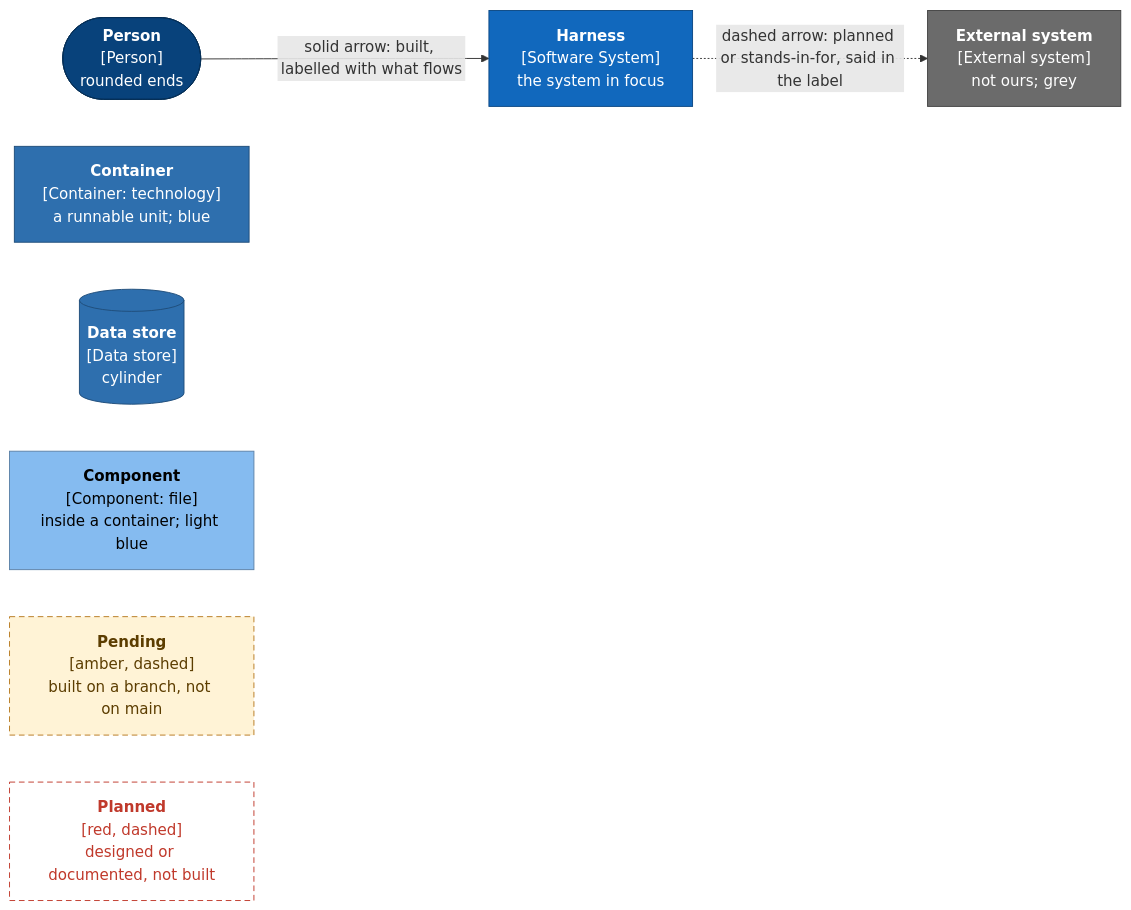
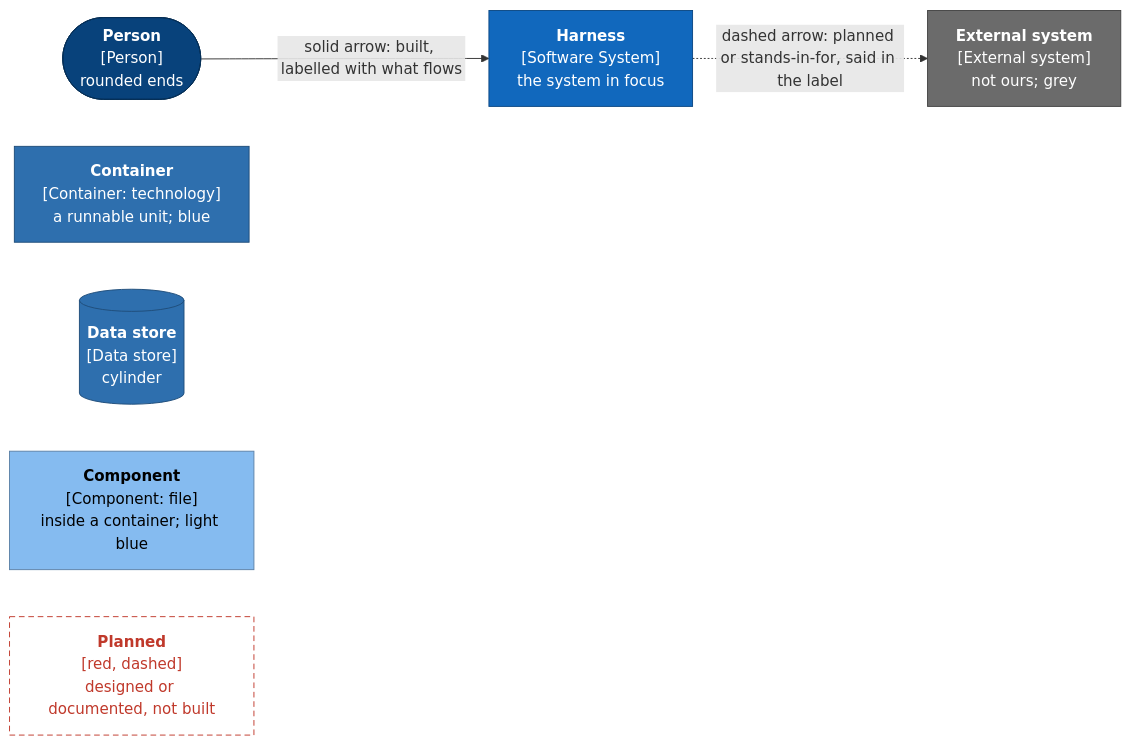
One commit to tutors-sdk/tutors-release-harness changed the diagram in docs/architecture/README.md. Above: the diagram before and after it, drawn with Mermaid. The commit also changed other lines of this file and 5 other files, not shown here.

First line of the commit message:
Architecture docs: the release-harness-report workflow is merged (#310, #312)

````diff
--- a/docs/architecture/README.md
+++ b/docs/architecture/README.md
@@ -92,23 +92,21 @@
 ```mermaid
 flowchart LR
   person(["<b>Person</b><br/>[Person]<br/>rounded ends"]):::person
   focus["<b>Harness</b><br/>[Software System]<br/>the system in focus"]:::focus
   ext["<b>External system</b><br/>[External system]<br/>not ours; grey"]:::ext
   cont["<b>Container</b><br/>[Container: technology]<br/>a runnable unit; blue"]:::container
   store[("<b>Data store</b><br/>[Data store]<br/>cylinder")]:::store
   comp["<b>Component</b><br/>[Component: file]<br/>inside a container; light blue"]:::component
-  pending["<b>Pending</b><br/>[amber, dashed]<br/>built on a branch, not on main"]:::pending
   planned["<b>Planned</b><br/>[red, dashed]<br/>designed or documented, not built"]:::planned
 
   person -->|"solid arrow: built, labelled with what flows"| focus
   focus -.->|"dashed arrow: planned or stands-in-for, said in the label"| ext
 
   classDef person fill:#08427b,stroke:#052e56,color:#ffffff
   classDef focus fill:#1168bd,stroke:#0b4884,color:#ffffff
   classDef ext fill:#6b6b6b,stroke:#444444,color:#ffffff
   classDef container fill:#2e6fae,stroke:#1f4d7a,color:#ffffff
   classDef store fill:#2e6fae,stroke:#1f4d7a,color:#ffffff
   classDef component fill:#85bbf0,stroke:#5d82a8,color:#000000
-  classDef pending fill:#fff3d6,stroke:#b7791f,color:#5c3d00,stroke-dasharray:6 4
   classDef planned fill:#ffffff,stroke:#c0392b,color:#c0392b,stroke-dasharray:6 4
 ```
````
